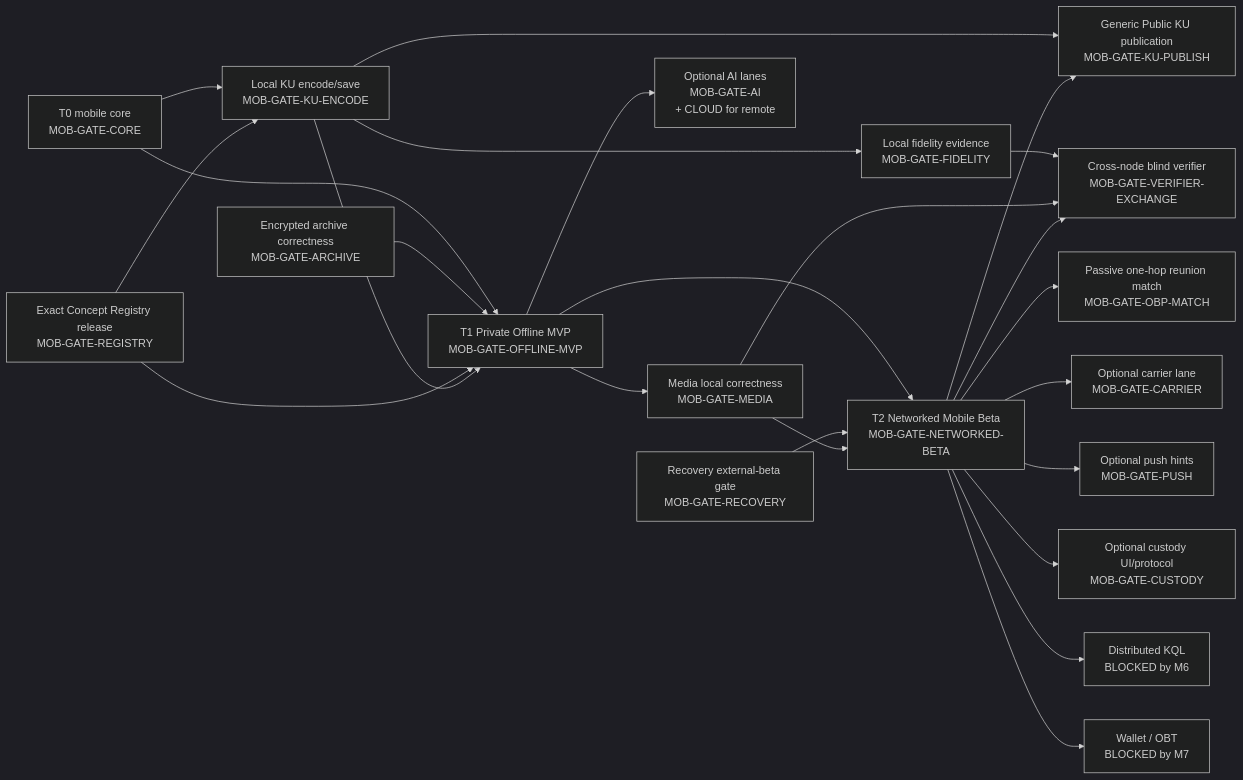
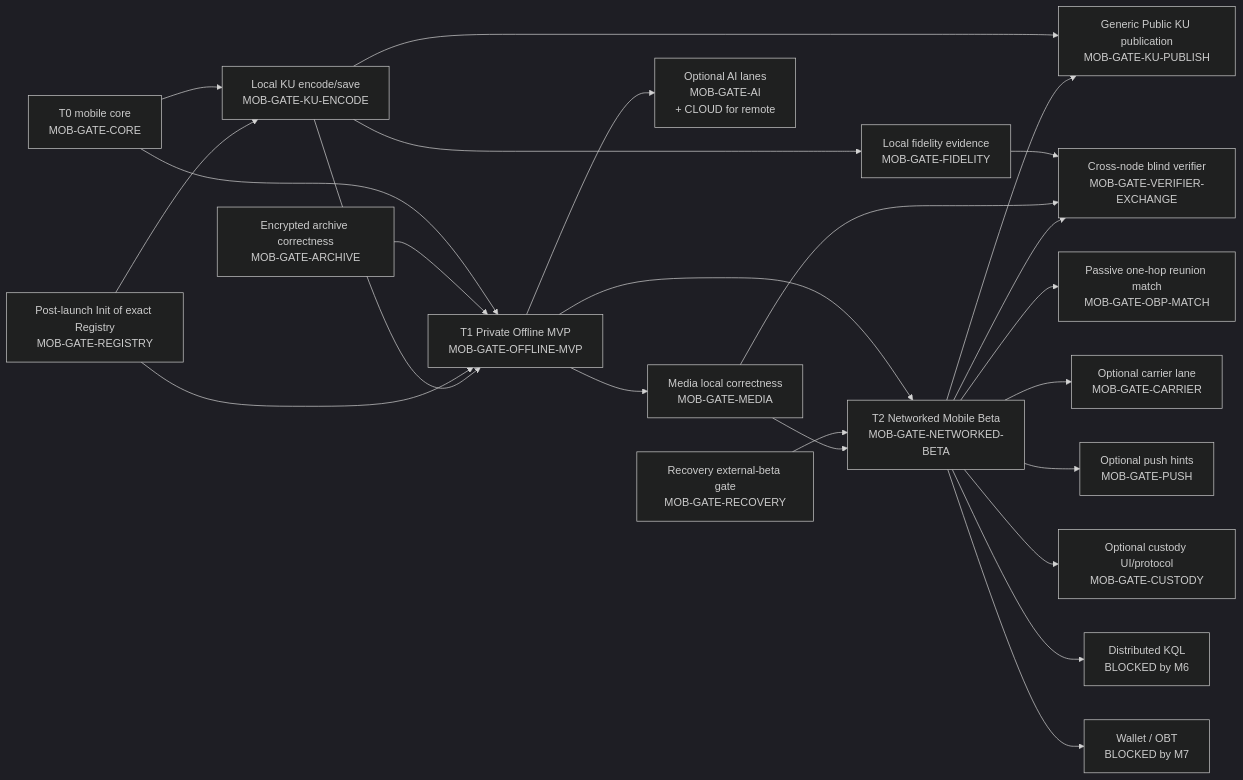
The diagram in docs/features/mobile/MOBILE_APP_FEATURE_TREE_V1.md (shpy2001gemi/OneBrain), drawn with Mermaid (dark theme) before and after one commit. The commit also changed other lines of this file and 4 other files, not shown here.

Commit message:
docs: define post-launch mobile Init data flow

````diff
--- a/docs/features/mobile/MOBILE_APP_FEATURE_TREE_V1.md
+++ b/docs/features/mobile/MOBILE_APP_FEATURE_TREE_V1.md
@@ -124,45 +128,45 @@
 ```mermaid
 flowchart LR
     CORE["T0 mobile core<br/>MOB-GATE-CORE"]
     ARCHIVE["Encrypted archive correctness<br/>MOB-GATE-ARCHIVE"]
     OFFLINE["T1 Private Offline MVP<br/>MOB-GATE-OFFLINE-MVP"]
-    REG["Exact Concept Registry release<br/>MOB-GATE-REGISTRY"]
+    REG["Post-launch Init of exact Registry<br/>MOB-GATE-REGISTRY"]
     ENC["Local KU encode/save<br/>MOB-GATE-KU-ENCODE"]
     FID["Local fidelity evidence<br/>MOB-GATE-FIDELITY"]
     REC["Recovery external-beta gate<br/>MOB-GATE-RECOVERY"]
     AI["Optional AI lanes<br/>MOB-GATE-AI<br/>+ CLOUD for remote"]
     MEDIA["Media local correctness<br/>MOB-GATE-MEDIA"]
     NET["T2 Networked Mobile Beta<br/>MOB-GATE-NETWORKED-BETA"]
     PUB["Generic Public KU publication<br/>MOB-GATE-KU-PUBLISH"]
     VERIFY["Cross-node blind verifier<br/>MOB-GATE-VERIFIER-EXCHANGE"]
     MATCH["Passive one-hop reunion match<br/>MOB-GATE-OBP-MATCH"]
     CARRIER["Optional carrier lane<br/>MOB-GATE-CARRIER"]
     PUSH["Optional push hints<br/>MOB-GATE-PUSH"]
     CUSTODY["Optional custody UI/protocol<br/>MOB-GATE-CUSTODY"]
     M6["Distributed KQL<br/>BLOCKED by M6"]
     M7["Wallet / OBT<br/>BLOCKED by M7"]
 
     CORE --> OFFLINE
     ARCHIVE --> OFFLINE
     REG --> OFFLINE
     CORE --> ENC
     REG --> ENC
     ENC --> OFFLINE
     ENC --> FID
     OFFLINE --> AI
     OFFLINE --> MEDIA
     OFFLINE --> NET
     REC --> NET
     MEDIA --> NET
     ENC --> PUB
     NET --> PUB
     FID --> VERIFY
     MEDIA --> VERIFY
     NET --> VERIFY
     NET --> MATCH
     NET --> CARRIER
     NET --> PUSH
     NET --> CUSTODY
     NET --> M6
     NET --> M7
 ```
````
